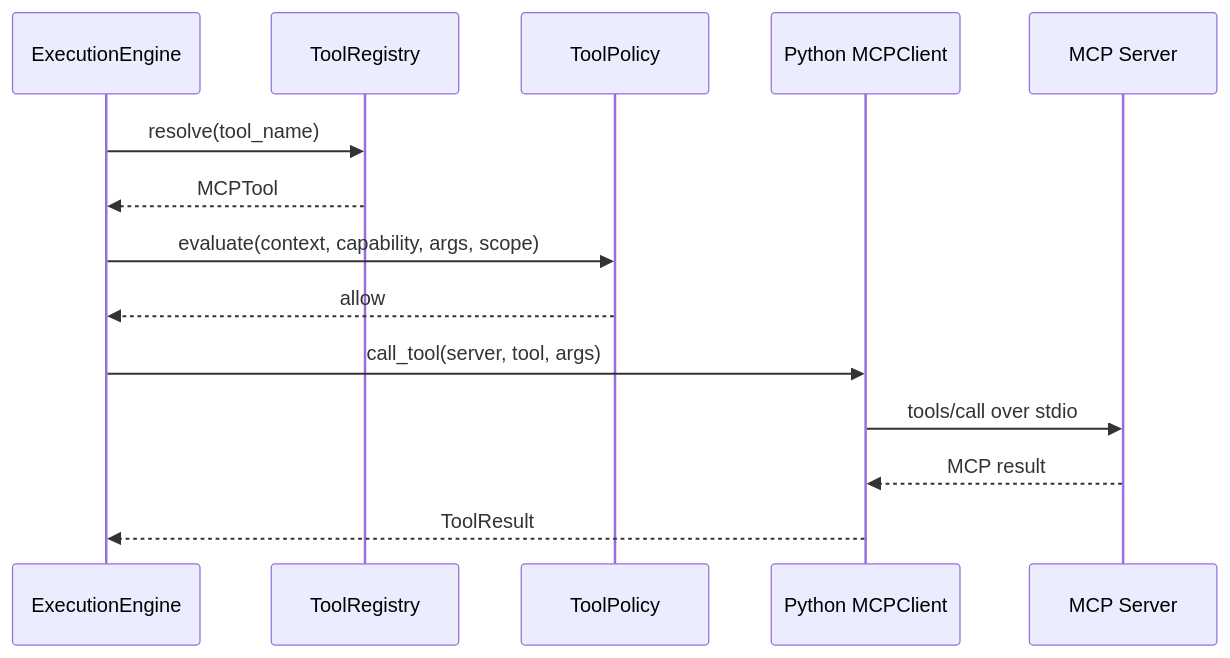
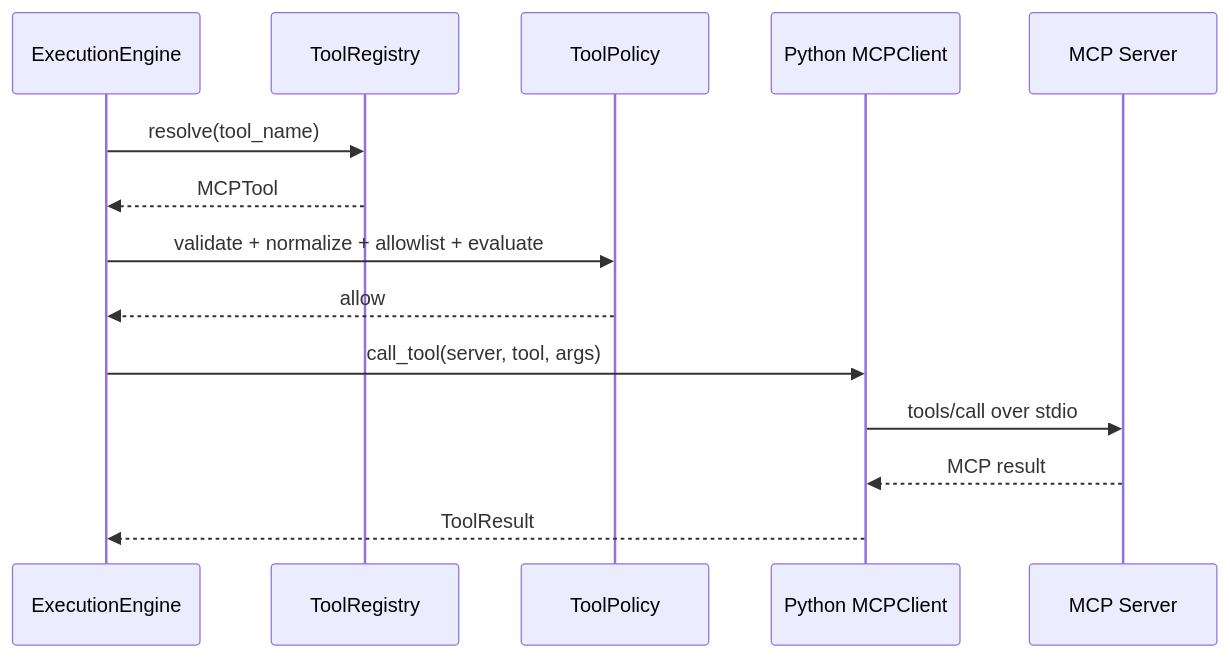
The third of 9 diagrams in docs/design/Sequence.md (Mime-AL/MaigoKite), drawn with Mermaid before and after one commit. The commit also changed other lines of this file and 76 other files, not shown here.

````diff
--- a/docs/design/Sequence.md
+++ b/docs/design/Sequence.md
@@ -60,17 +61,17 @@
 ```mermaid
 sequenceDiagram
     participant E as ExecutionEngine
     participant R as ToolRegistry
     participant P as ToolPolicy
     participant C as Python MCPClient
     participant S as MCP Server
 
     E->>R: resolve(tool_name)
     R-->>E: MCPTool
-    E->>P: evaluate(context, capability, args, scope)
+    E->>P: validate + normalize + allowlist + evaluate
     P-->>E: allow
     E->>C: call_tool(server, tool, args)
     C->>S: tools/call over stdio
     S-->>C: MCP result
     C-->>E: ToolResult
 ```
````
